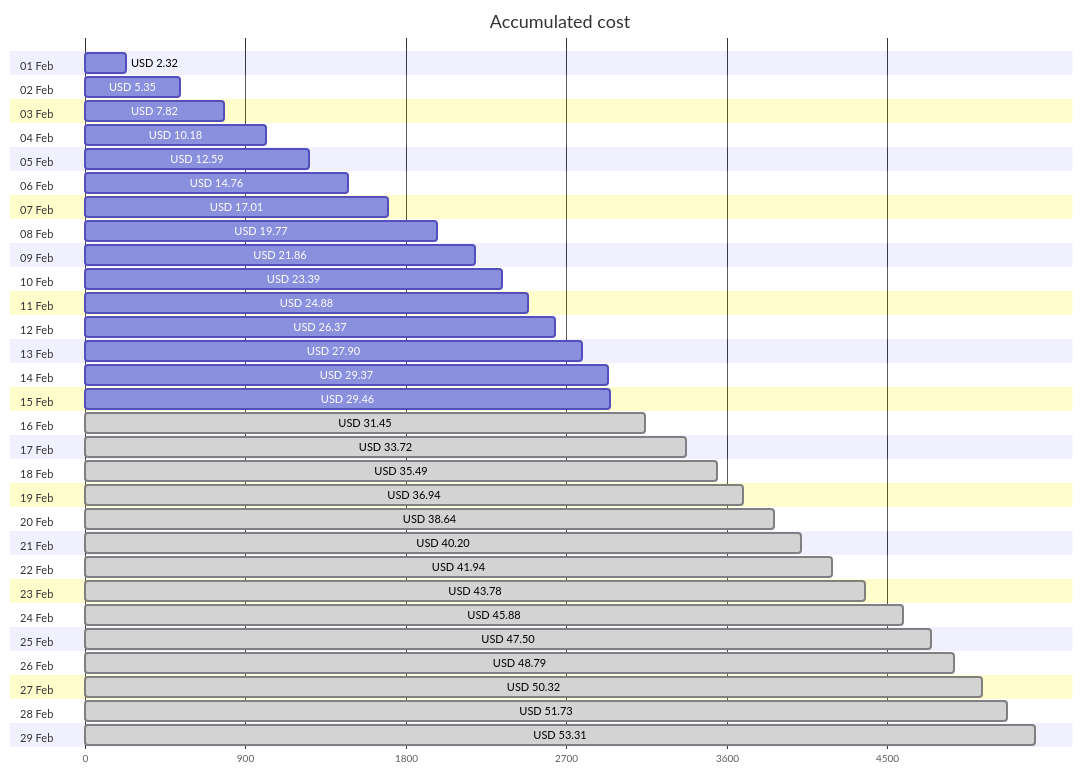
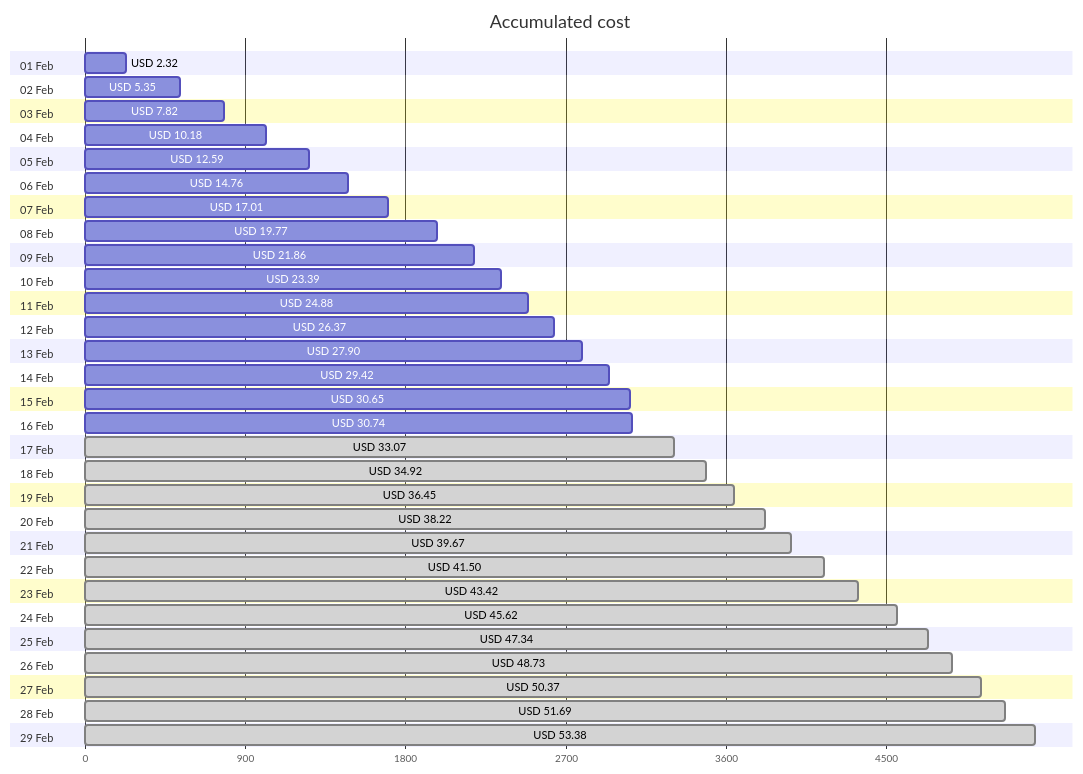
The first of 4 diagrams in cost-reports/personal-network/README.md (jpfulton/azure-personal-reports), drawn with Mermaid before and after one commit. The commit also changed other lines of this file and 8 other files, not shown here.

````diff
--- a/cost-reports/personal-network/README.md
+++ b/cost-reports/personal-network/README.md
@@ -20,64 +20,64 @@
 ```mermaid
 gantt
    title Accumulated cost
    dateFormat  X
    axisFormat %s
    section 01 Feb
    USD 2.32 :0, 232
    section 02 Feb
    USD 5.35 :0, 535
    section 03 Feb
    USD 7.82 :0, 782
    section 04 Feb
    USD 10.18 :0, 1018
    section 05 Feb
    USD 12.59 :0, 1259
    section 06 Feb
    USD 14.76 :0, 1476
    section 07 Feb
    USD 17.01 :0, 1701
    section 08 Feb
    USD 19.77 :0, 1977
    section 09 Feb
    USD 21.86 :0, 2186
    section 10 Feb
    USD 23.39 :0, 2339
    section 11 Feb
    USD 24.88 :0, 2488
    section 12 Feb
    USD 26.37 :0, 2637
    section 13 Feb
    USD 27.90 :0, 2790
    section 14 Feb
-   USD 29.37 :0, 2937
+   USD 29.42 :0, 2942
    section 15 Feb
-   USD 29.46 :0, 2946
+   USD 30.65 :0, 3065
    section 16 Feb
-   USD 31.45 : done, 0, 3145
+   USD 30.74 :0, 3074
    section 17 Feb
-   USD 33.72 : done, 0, 3372
+   USD 33.07 : done, 0, 3307
    section 18 Feb
-   USD 35.49 : done, 0, 3549
+   USD 34.92 : done, 0, 3492
    section 19 Feb
-   USD 36.94 : done, 0, 3694
+   USD 36.45 : done, 0, 3645
    section 20 Feb
-   USD 38.64 : done, 0, 3864
+   USD 38.22 : done, 0, 3822
    section 21 Feb
-   USD 40.20 : done, 0, 4020
+   USD 39.67 : done, 0, 3967
    section 22 Feb
-   USD 41.94 : done, 0, 4194
+   USD 41.50 : done, 0, 4150
    section 23 Feb
-   USD 43.78 : done, 0, 4378
+   USD 43.42 : done, 0, 4342
    section 24 Feb
-   USD 45.88 : done, 0, 4588
+   USD 45.62 : done, 0, 4562
    section 25 Feb
-   USD 47.50 : done, 0, 4750
+   USD 47.34 : done, 0, 4734
    section 26 Feb
-   USD 48.79 : done, 0, 4879
+   USD 48.73 : done, 0, 4873
    section 27 Feb
-   USD 50.32 : done, 0, 5032
+   USD 50.37 : done, 0, 5037
    section 28 Feb
-   USD 51.73 : done, 0, 5173
+   USD 51.69 : done, 0, 5169
    section 29 Feb
-   USD 53.31 : done, 0, 5331
+   USD 53.38 : done, 0, 5338
 ```
````
